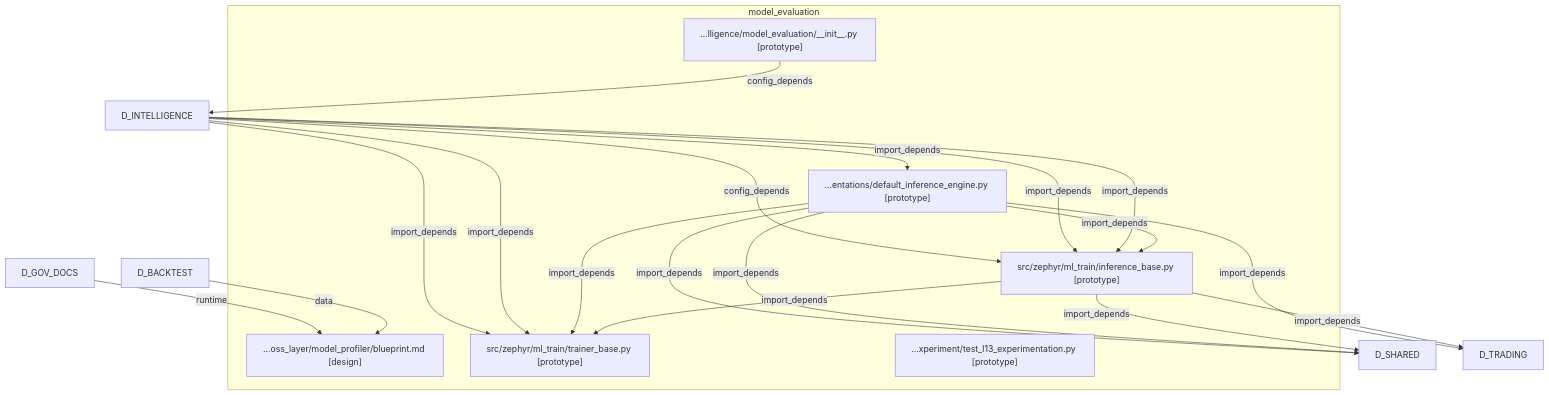
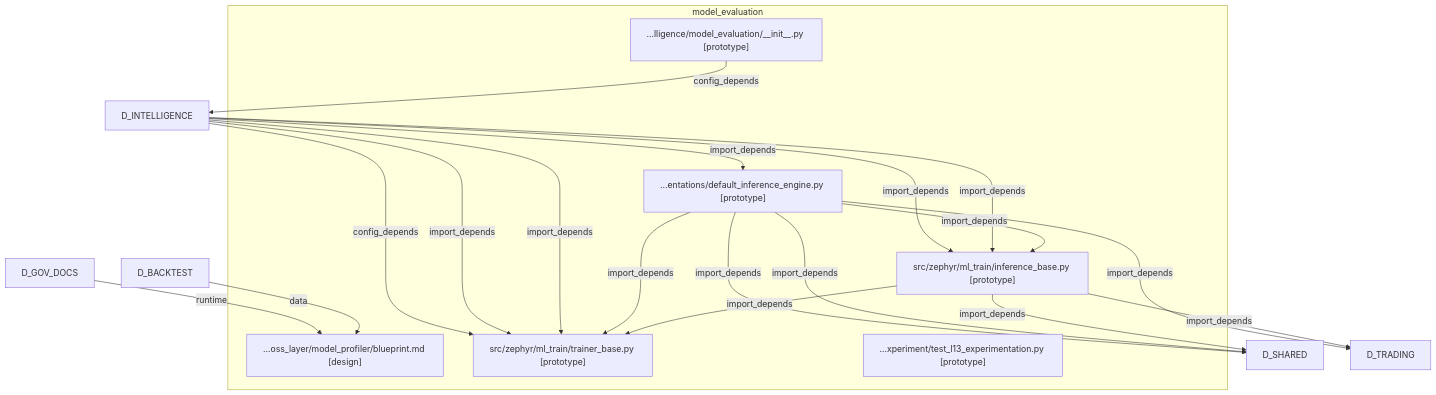
One commit to xuanFelixVan/ZephyrAlpha changed the diagram in docs/02_enterprise_architecture/generated/domains/d_ml_train_dependency.mmd. Above: the diagram before and after it, drawn with Mermaid. The commit also changed 126 other files, not shown here.

```diff
--- a/docs/02_enterprise_architecture/generated/domains/d_ml_train_dependency.mmd
+++ b/docs/02_enterprise_architecture/generated/domains/d_ml_train_dependency.mmd
@@ -1,50 +1,50 @@
 %% D_ML_TRAIN 域全景依赖图
-%% 生成时间: 2026-07-17 21:05:13
+%% 生成时间: 2026-07-17 21:37:43
 %% 数据源: depgraph (PostgreSQL) nodes表 + edges表
 %% 模块数: 6, 依赖边数: 17
 
 graph TD
 
     %% 域内模块（最多显示 100 个）
     subgraph D_ML_TRAIN[model_evaluation]
         docs_03_modules__cross_layer_model_profiler_blueprint_md["...oss_layer/model_profiler/blueprint.md [design]"]
         src_zephyr_intelligence_model_evaluation___init___py["...lligence/model_evaluation/__init__.py [prototype]"]
         src_zephyr_ml_train_implementa___default_inference_engine_py["...entations/default_inference_engine.py [prototype]"]
         src_zephyr_ml_train_inference_base_py["src/zephyr/ml_train/inference_base.py [prototype]"]
         src_zephyr_ml_train_trainer_base_py["src/zephyr/ml_train/trainer_base.py [prototype]"]
         tests_ml_experiment_test_l13_experimentation_py["...xperiment/test_l13_experimentation.py [prototype]"]
     end
 
     %% 域内依赖（最多显示 80 条）
     src_zephyr_ml_train_inference_base_py -->|import_depends| src_zephyr_ml_train_trainer_base_py
     src_zephyr_ml_train_implementa___default_inference_engine_py -->|import_depends| src_zephyr_ml_train_inference_base_py
     src_zephyr_ml_train_implementa___default_inference_engine_py -->|import_depends| src_zephyr_ml_train_trainer_base_py
 
     %% 跨域依赖（入）- 最多显示 30 条
     %% D_BACKTEST -> D_ML_TRAIN (1 条)
     D_BACKTEST[D_BACKTEST] -->|data| docs_03_modules__cross_layer_model_profiler_blueprint_md
     %% D_GOV_DOCS -> D_ML_TRAIN (1 条)
     D_GOV_DOCS[D_GOV_DOCS] -->|runtime| docs_03_modules__cross_layer_model_profiler_blueprint_md
     %% D_INTELLIGENCE -> D_ML_TRAIN (6 条)
     D_INTELLIGENCE[D_INTELLIGENCE] -->|import_depends| src_zephyr_ml_train_inference_base_py
     D_INTELLIGENCE[D_INTELLIGENCE] -->|import_depends| src_zephyr_ml_train_trainer_base_py
     D_INTELLIGENCE[D_INTELLIGENCE] -->|import_depends| src_zephyr_ml_train_inference_base_py
     D_INTELLIGENCE[D_INTELLIGENCE] -->|import_depends| src_zephyr_ml_train_trainer_base_py
     D_INTELLIGENCE[D_INTELLIGENCE] -->|import_depends| src_zephyr_ml_train_implementa___default_inference_engine_py
-    D_INTELLIGENCE[D_INTELLIGENCE] -->|config_depends| src_zephyr_ml_train_inference_base_py
+    D_INTELLIGENCE[D_INTELLIGENCE] -->|config_depends| src_zephyr_ml_train_trainer_base_py
 
     %% 跨域依赖（出）- 最多显示 30 条
     %% D_ML_TRAIN -> D_INTELLIGENCE (1 条)
     src_zephyr_intelligence_model_evaluation___init___py -->|config_depends| D_INTELLIGENCE[D_INTELLIGENCE]
     %% D_ML_TRAIN -> D_SHARED (3 条)
     src_zephyr_ml_train_inference_base_py -->|import_depends| D_SHARED[D_SHARED]
     src_zephyr_ml_train_implementa___default_inference_engine_py -->|import_depends| D_SHARED[D_SHARED]
     src_zephyr_ml_train_implementa___default_inference_engine_py -->|import_depends| D_SHARED[D_SHARED]
     %% D_ML_TRAIN -> D_TRADING (2 条)
     src_zephyr_ml_train_inference_base_py -->|import_depends| D_TRADING[D_TRADING]
     src_zephyr_ml_train_implementa___default_inference_engine_py -->|import_depends| D_TRADING[D_TRADING]
 
     %% 统计
     %% 域内依赖: 3 条
     %% 跨域入边: 8 条
     %% 跨域出边: 6 条
```
